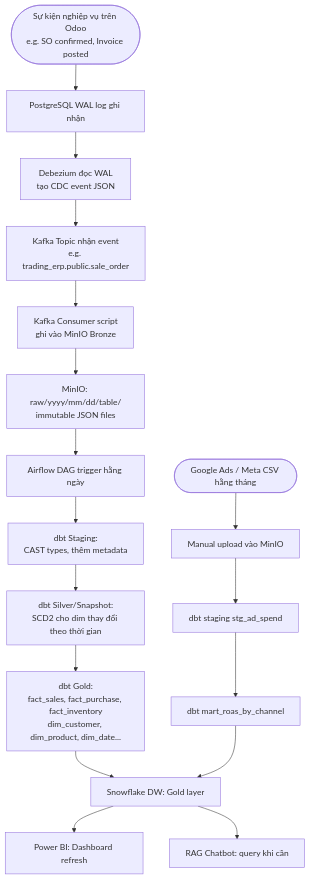
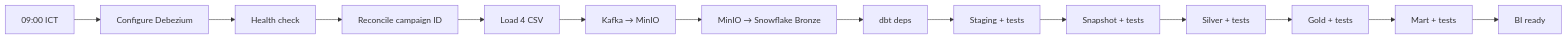
The fifth of 6 diagrams in docs/business/FRD-07-08-hr-dataops.md (vothanhphu9x-pixel/superstore_ecommerce), drawn with Mermaid before and after one commit. The commit also changed other lines of this file and 219 other files, not shown here.

Commit message:
feat(data): build CDC-TO-MART Pipeline baseline

````diff
--- a/docs/business/FRD-07-08-hr-dataops.md
+++ b/docs/business/FRD-07-08-hr-dataops.md
@@ -183,20 +126,16 @@
 ```mermaid
-flowchart TD
-    A([Sự kiện nghiệp vụ trên Odoo\ne.g. SO confirmed, Invoice posted]) --> B[PostgreSQL WAL log ghi nhận]
-    B --> C[Debezium đọc WAL\ntạo CDC event JSON]
-    C --> D[Kafka Topic nhận event\ne.g. trading_erp.public.sale_order]
-    D --> E[Kafka Consumer script\nghi vào MinIO Bronze]
-    E --> F[MinIO: raw/yyyy/mm/dd/table/\nimmutable JSON files]
-    F --> G[Airflow DAG trigger hằng ngày]
-    G --> H[dbt Staging:\nCAST types, thêm metadata]
-    H --> I[dbt Silver/Snapshot:\nSCD2 cho dim thay đổi theo thời gian]
-    I --> J[dbt Gold:\nfact_sales, fact_purchase, fact_inventory\ndim_customer, dim_product, dim_date...]
-    J --> K[Snowflake DW: Gold layer]
-    K --> L[Power BI: Dashboard refresh]
-    K --> M[RAG Chatbot: query khi cần]
-
-    N([Google Ads / Meta CSV hằng tháng]) --> O[Manual upload vào MinIO]
-    O --> P[dbt staging stg_ad_spend]
-    P --> Q[dbt mart_roas_by_channel]
-    Q --> K
+flowchart LR
+    A[09:00 ICT] --> B[Configure Debezium]
+    B --> C[Health check]
+    C --> D[Reconcile campaign ID]
+    D --> E[Load 4 CSV]
+    E --> F[Kafka → MinIO]
+    F --> G[MinIO → Snowflake Bronze]
+    G --> H[dbt deps]
+    H --> I[Staging + tests]
+    I --> J[Snapshot + tests]
+    J --> K[Silver + tests]
+    K --> L[Gold + tests]
+    L --> M[Mart + tests]
+    M --> N[BI ready]
 ```
````
